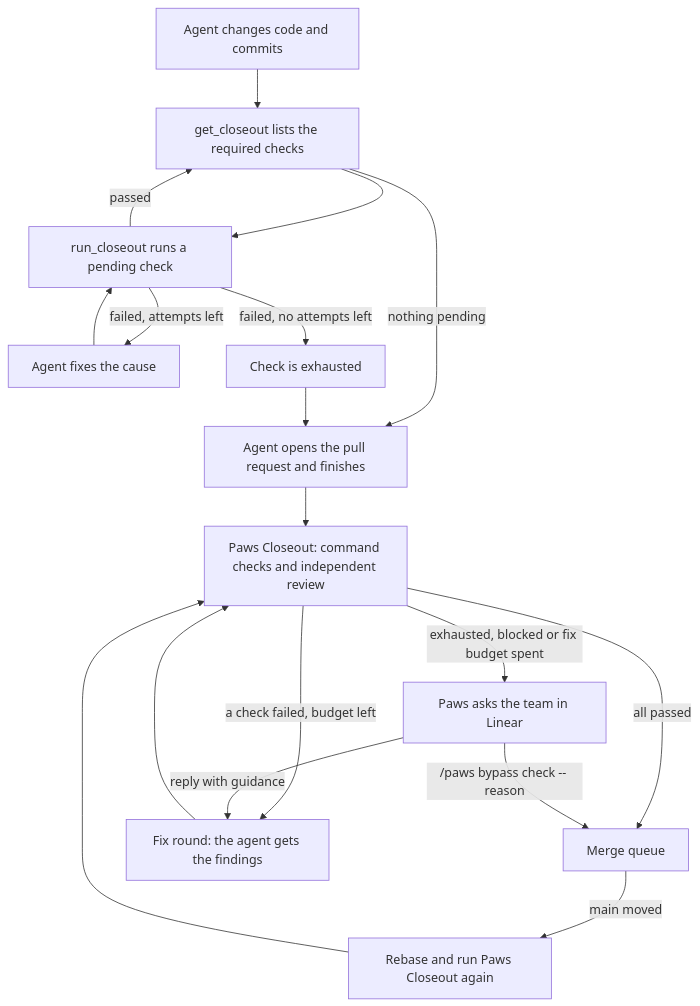
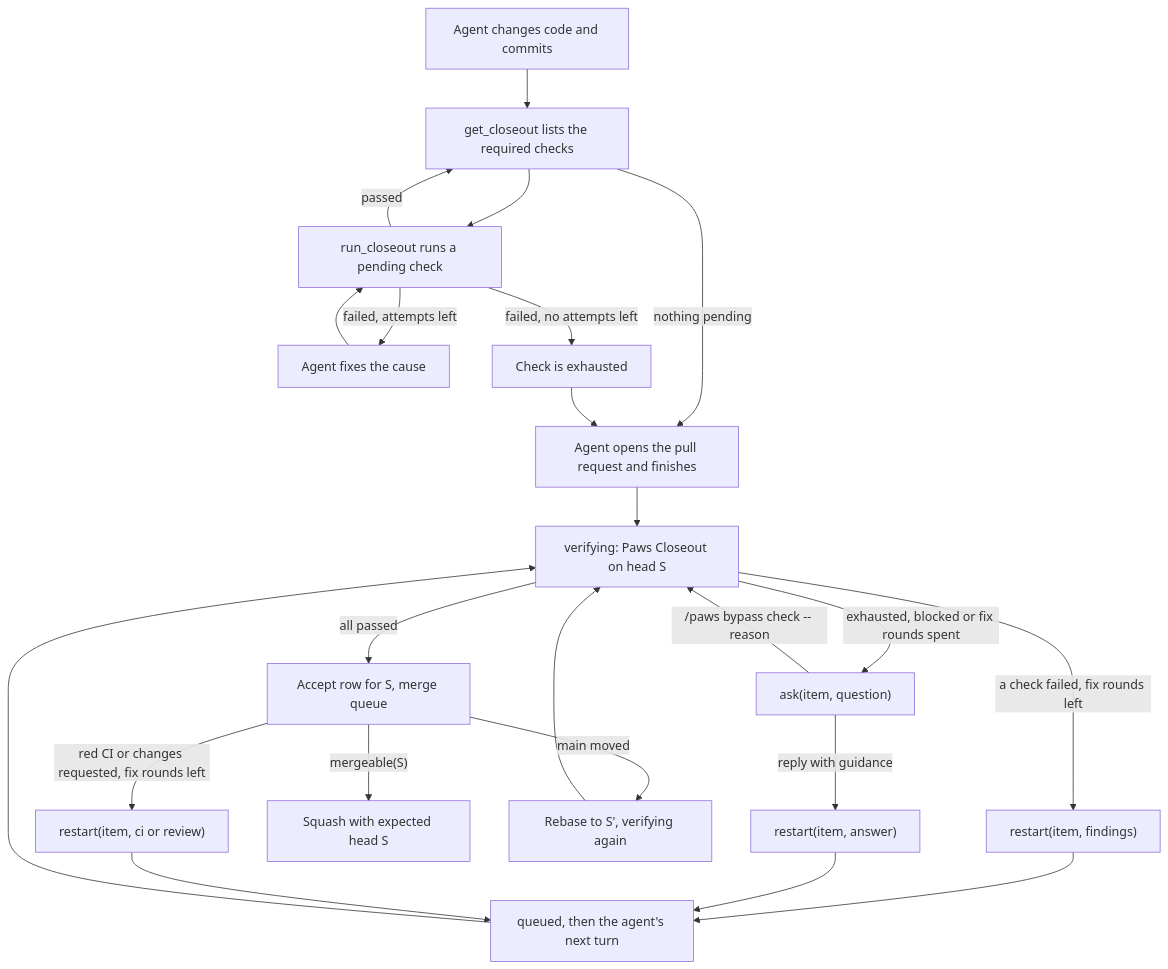
Before and after one commit to pmdroid/paws-app: the diagram in docs/closeout.md, drawn with Mermaid. The commit also changed other lines of this file, not shown here.

First line of the commit message:
PAS-633: Describe fix rounds, asking and the merge lane through restart, ask and mergeable(S)

````diff
--- a/docs/closeout.md
+++ b/docs/closeout.md
@@ -10,20 +10,25 @@
 ```mermaid
 flowchart TD
   A[Agent changes code and commits] --> B[get_closeout lists the required checks]
   B --> C[run_closeout runs a pending check]
   C -->|passed| B
   C -->|failed, attempts left| D[Agent fixes the cause]
   D --> C
   C -->|failed, no attempts left| E[Check is exhausted]
   B -->|nothing pending| F[Agent opens the pull request and finishes]
   E --> F
-  F --> G[Paws Closeout: command checks and independent review]
-  G -->|all passed| H[Merge queue]
-  G -->|a check failed, budget left| I[Fix round: the agent gets the findings]
-  I --> G
-  G -->|exhausted, blocked or fix budget spent| J[Paws asks the team in Linear]
-  J -->|reply with guidance| I
-  J -->|/paws bypass check -- reason| H
-  H -->|main moved| K[Rebase and run Paws Closeout again]
+  F --> G[verifying: Paws Closeout on head S]
+  G -->|all passed| H[Accept row for S, merge queue]
+  G -->|a check failed, fix rounds left| I["restart(item, findings)"]
+  I --> Q[queued, then the agent's next turn]
+  Q --> G
+  G -->|exhausted, blocked or fix rounds spent| J["ask(item, question)"]
+  J -->|reply with guidance| R["restart(item, answer)"]
+  R --> Q
+  J -->|/paws bypass check -- reason| G
+  H -->|"mergeable(S)"| M[Squash with expected head S]
+  H -->|main moved| K[Rebase to S', verifying again]
   K --> G
+  H -->|"red CI or changes requested, fix rounds left"| P["restart(item, ci or review)"]
+  P --> Q
 ```
````
